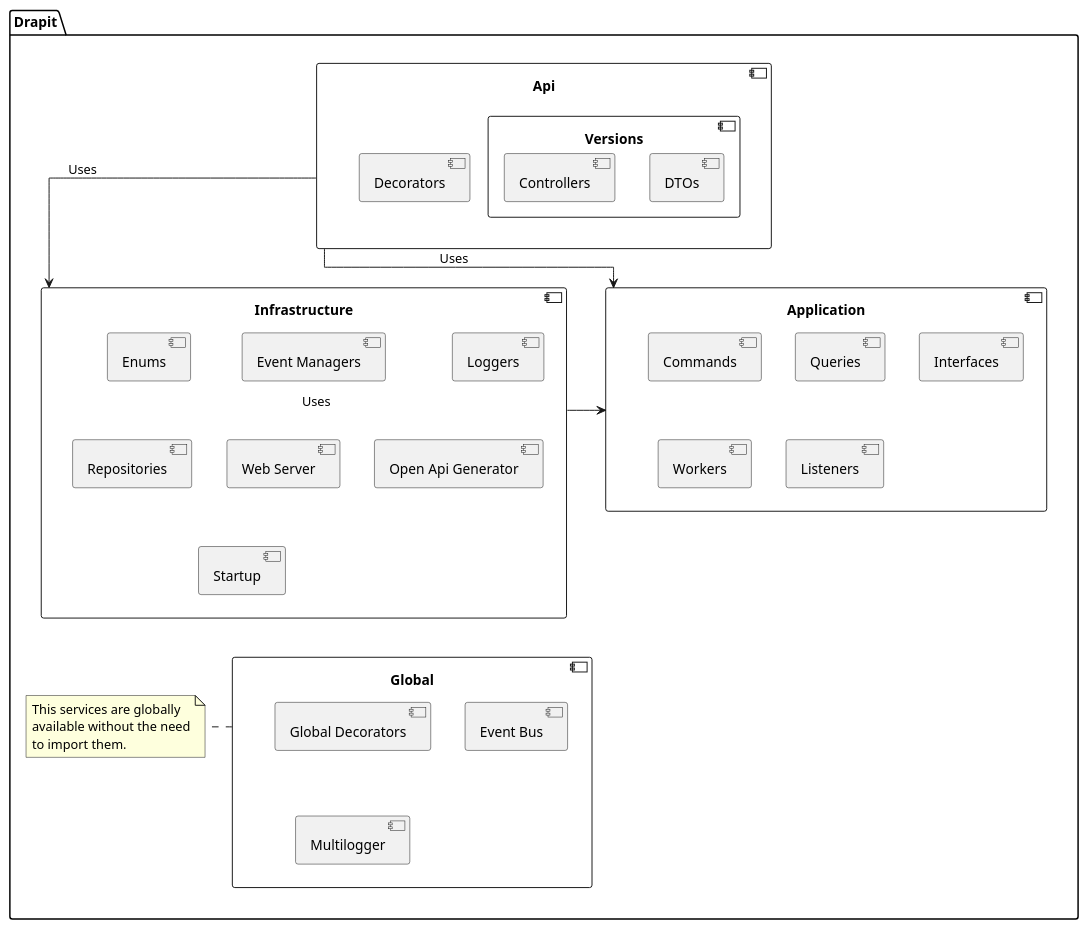
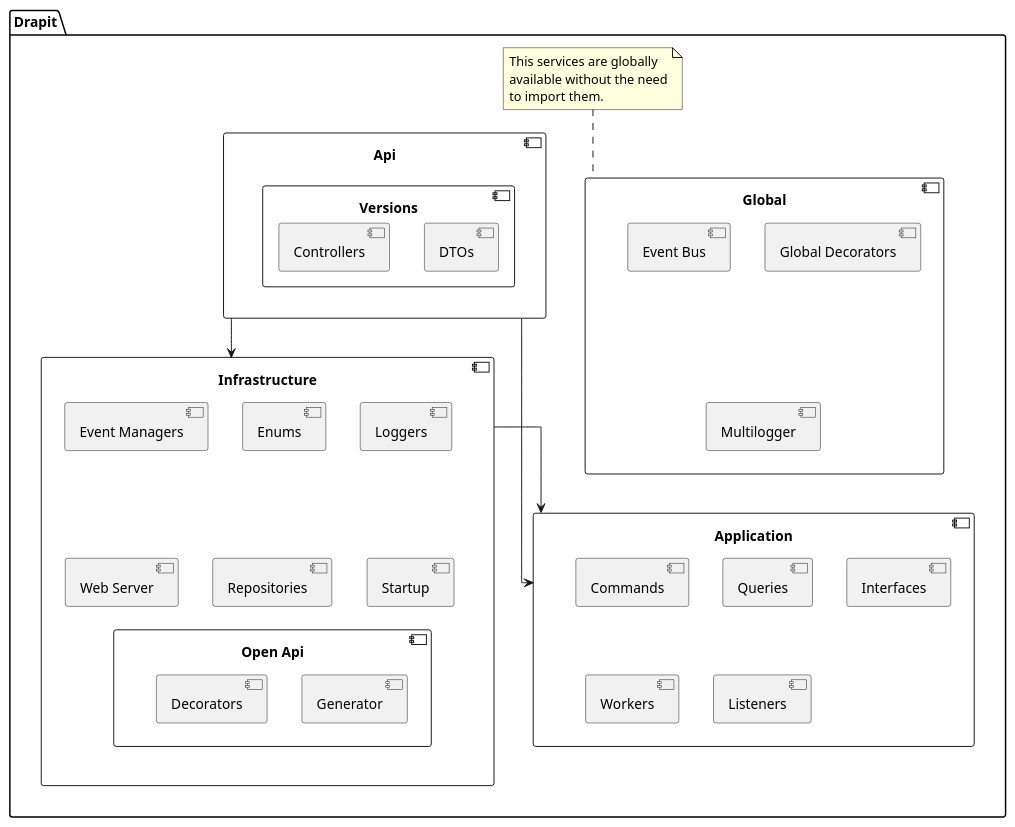
One commit to drapit/drapit changed the diagram in docs/diagrams/components.puml. Above: the diagram before and after it, drawn with PlantUML.

Commit message:
docs: update components diagram

```diff
--- a/docs/diagrams/components.puml
+++ b/docs/diagrams/components.puml
@@ -1,46 +1,55 @@
 @startuml
 skinparam linetype ortho
 
+top to bottom direction
+
 package "Drapit" {
   component Api {
-    [Decorators]
-
     component Versions {
       [DTOs]
       [Controllers]
     }
   }
 
+  component Global as G {
+    [Global Decorators]
+    [Event Bus]
+    [Multilogger]
+  }
+
+
   component Infrastructure {
     [Enums]
-    [Event Managers]
+    [Event Managers] as EM
     [Loggers]
     [Repositories]
-    [Web Server]
-    [Open Api Generator]
+    [Web Server] as WS
+
+    component "Open Api" as OA {
+      [Generator]
+      [Decorators]
+    }
     [Startup]
+
+
+    WS -[hidden]d-> OA
+    WS -[hidden]up-> EM
   }
 
   component Application {
     [Commands]
     [Queries]
     [Enums]
     [Interfaces]
     [Workers]
     [Listeners]
   }
 
-  component Global {
-    [Global Decorators]
-    [Event Bus]
-    [Multilogger]
-  }
+  note top of G: This services are globally\navailable without the need\nto import them.
 
-  note right of Global: This services are globally\navailable without the need\nto import them.
-
-  Api -d-> Application: Uses
-  Api -d-> Infrastructure: Uses
-  Infrastructure -r-> Application: Uses
+  Api --> Application
+  Api --> Infrastructure
+  Infrastructure --> Application
 }
 
 @enduml
```
